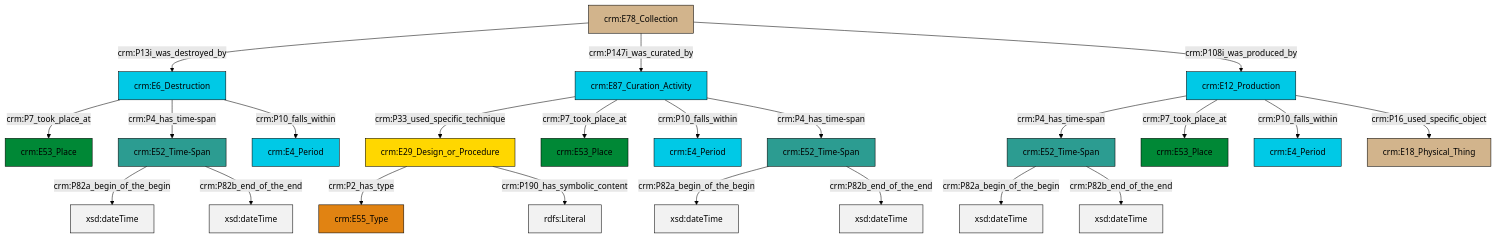
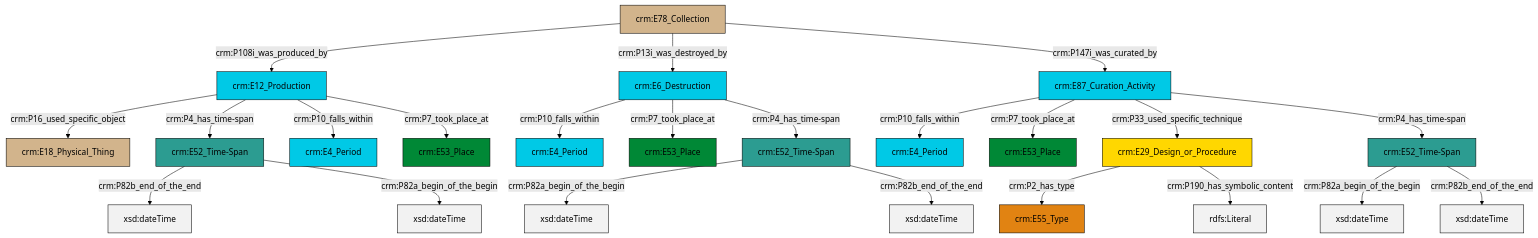
The diagram in et/archivalCSV/ttl/mmd/archival_existence.ttl.mmd (swiss-art-research-net/docs.swissartresearch), drawn with Mermaid (forest theme) before and after one commit. The commit also changed 179 other files, not shown here.

```diff
--- a/et/archivalCSV/ttl/mmd/archival_existence.ttl.mmd
+++ b/et/archivalCSV/ttl/mmd/archival_existence.ttl.mmd
@@ -1,37 +1,37 @@
 graph TD
 classDef Literal fill:#f2f2f2,stroke:#000000;
 classDef CRM_Entity fill:#FFFFFF,stroke:#000000;
 classDef Temporal_Entity fill:#00C9E6, stroke:#000000;
 classDef Type fill:#E18312, stroke:#000000;
 classDef Time-Span fill:#2C9C91, stroke:#000000;
 classDef Appellation fill:#FFEB7F, stroke:#000000;
 classDef Place fill:#008836, stroke:#000000;
 classDef Persistent_Item fill:#B266B2, stroke:#000000;
 classDef Conceptual_Object fill:#FFD700, stroke:#000000;
 classDef Physical_Thing fill:#D2B48C, stroke:#000000;
 classDef Actor fill:#f58aad, stroke:#000000;
 classDef PC_Classes fill:#4ce600, stroke:#000000;
 classDef Multi fill:#cccccc,stroke:#000000;
 
-2["crm:E6_Destruction"]:::Temporal_Entity -->|crm:P7_took_place_at| 3["crm:E53_Place"]:::Place
-6["crm:E52_Time-Span"]:::Time-Span -->|crm:P82a_begin_of_the_begin| 7[xsd:dateTime]:::Literal
-8["crm:E87_Curation_Activity"]:::Temporal_Entity -->|crm:P33_used_specific_technique| 9["crm:E29_Design_or_Procedure"]:::Conceptual_Object
-0["crm:E12_Production"]:::Temporal_Entity -->|crm:P4_has_time-span| 6["crm:E52_Time-Span"]:::Time-Span
-10["crm:E52_Time-Span"]:::Time-Span -->|crm:P82a_begin_of_the_begin| 11[xsd:dateTime]:::Literal
-13["crm:E52_Time-Span"]:::Time-Span -->|crm:P82a_begin_of_the_begin| 14[xsd:dateTime]:::Literal
-2["crm:E6_Destruction"]:::Temporal_Entity -->|crm:P4_has_time-span| 13["crm:E52_Time-Span"]:::Time-Span
-8["crm:E87_Curation_Activity"]:::Temporal_Entity -->|crm:P7_took_place_at| 4["crm:E53_Place"]:::Place
-9["crm:E29_Design_or_Procedure"]:::Conceptual_Object -->|crm:P2_has_type| 15["crm:E55_Type"]:::Type
-9["crm:E29_Design_or_Procedure"]:::Conceptual_Object -->|crm:P190_has_symbolic_content| 18[rdfs:Literal]:::Literal
-0["crm:E12_Production"]:::Temporal_Entity -->|crm:P7_took_place_at| 21["crm:E53_Place"]:::Place
-16["crm:E78_Collection"]:::Physical_Thing -->|crm:P13i_was_destroyed_by| 2["crm:E6_Destruction"]:::Temporal_Entity
-13["crm:E52_Time-Span"]:::Time-Span -->|crm:P82b_end_of_the_end| 22[xsd:dateTime]:::Literal
-8["crm:E87_Curation_Activity"]:::Temporal_Entity -->|crm:P10_falls_within| 26["crm:E4_Period"]:::Temporal_Entity
-16["crm:E78_Collection"]:::Physical_Thing -->|crm:P147i_was_curated_by| 8["crm:E87_Curation_Activity"]:::Temporal_Entity
-8["crm:E87_Curation_Activity"]:::Temporal_Entity -->|crm:P4_has_time-span| 10["crm:E52_Time-Span"]:::Time-Span
-6["crm:E52_Time-Span"]:::Time-Span -->|crm:P82b_end_of_the_end| 33[xsd:dateTime]:::Literal
-0["crm:E12_Production"]:::Temporal_Entity -->|crm:P10_falls_within| 29["crm:E4_Period"]:::Temporal_Entity
-2["crm:E6_Destruction"]:::Temporal_Entity -->|crm:P10_falls_within| 34["crm:E4_Period"]:::Temporal_Entity
-10["crm:E52_Time-Span"]:::Time-Span -->|crm:P82b_end_of_the_end| 37[xsd:dateTime]:::Literal
-16["crm:E78_Collection"]:::Physical_Thing -->|crm:P108i_was_produced_by| 0["crm:E12_Production"]:::Temporal_Entity
-0["crm:E12_Production"]:::Temporal_Entity -->|crm:P16_used_specific_object| 23["crm:E18_Physical_Thing"]:::Physical_Thing
+4["crm:E87_Curation_Activity"]:::Temporal_Entity -->|crm:P10_falls_within| 0["crm:E4_Period"]:::Temporal_Entity
+5["crm:E29_Design_or_Procedure"]:::Conceptual_Object -->|crm:P2_has_type| 6["crm:E55_Type"]:::Type
+2["crm:E6_Destruction"]:::Temporal_Entity -->|crm:P10_falls_within| 7["crm:E4_Period"]:::Temporal_Entity
+10["crm:E78_Collection"]:::Physical_Thing -->|crm:P108i_was_produced_by| 11["crm:E12_Production"]:::Temporal_Entity
+11["crm:E12_Production"]:::Temporal_Entity -->|crm:P16_used_specific_object| 15["crm:E18_Physical_Thing"]:::Physical_Thing
+16["crm:E52_Time-Span"]:::Time-Span -->|crm:P82a_begin_of_the_begin| 17[xsd:dateTime]:::Literal
+13["crm:E52_Time-Span"]:::Time-Span -->|crm:P82b_end_of_the_end| 18[xsd:dateTime]:::Literal
+4["crm:E87_Curation_Activity"]:::Temporal_Entity -->|crm:P7_took_place_at| 19["crm:E53_Place"]:::Place
+11["crm:E12_Production"]:::Temporal_Entity -->|crm:P4_has_time-span| 13["crm:E52_Time-Span"]:::Time-Span
+13["crm:E52_Time-Span"]:::Time-Span -->|crm:P82a_begin_of_the_begin| 22[xsd:dateTime]:::Literal
+5["crm:E29_Design_or_Procedure"]:::Conceptual_Object -->|crm:P190_has_symbolic_content| 23[rdfs:Literal]:::Literal
+10["crm:E78_Collection"]:::Physical_Thing -->|crm:P13i_was_destroyed_by| 2["crm:E6_Destruction"]:::Temporal_Entity
+11["crm:E12_Production"]:::Temporal_Entity -->|crm:P10_falls_within| 26["crm:E4_Period"]:::Temporal_Entity
+11["crm:E12_Production"]:::Temporal_Entity -->|crm:P7_took_place_at| 30["crm:E53_Place"]:::Place
+2["crm:E6_Destruction"]:::Temporal_Entity -->|crm:P7_took_place_at| 20["crm:E53_Place"]:::Place
+4["crm:E87_Curation_Activity"]:::Temporal_Entity -->|crm:P33_used_specific_technique| 5["crm:E29_Design_or_Procedure"]:::Conceptual_Object
+10["crm:E78_Collection"]:::Physical_Thing -->|crm:P147i_was_curated_by| 4["crm:E87_Curation_Activity"]:::Temporal_Entity
+4["crm:E87_Curation_Activity"]:::Temporal_Entity -->|crm:P4_has_time-span| 8["crm:E52_Time-Span"]:::Time-Span
+8["crm:E52_Time-Span"]:::Time-Span -->|crm:P82a_begin_of_the_begin| 36[xsd:dateTime]:::Literal
+8["crm:E52_Time-Span"]:::Time-Span -->|crm:P82b_end_of_the_end| 37[xsd:dateTime]:::Literal
+16["crm:E52_Time-Span"]:::Time-Span -->|crm:P82b_end_of_the_end| 38[xsd:dateTime]:::Literal
+2["crm:E6_Destruction"]:::Temporal_Entity -->|crm:P4_has_time-span| 16["crm:E52_Time-Span"]:::Time-Span
```
